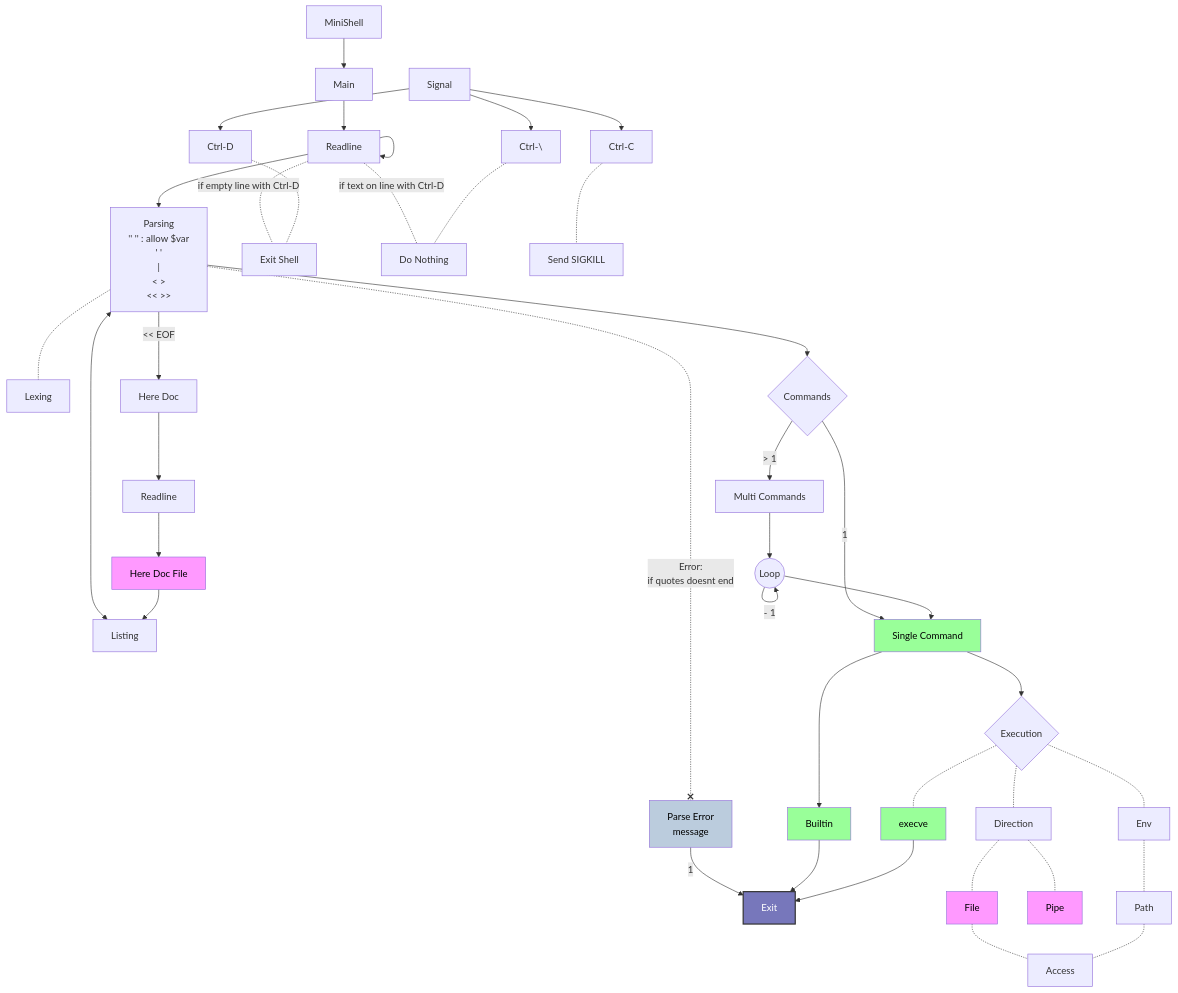
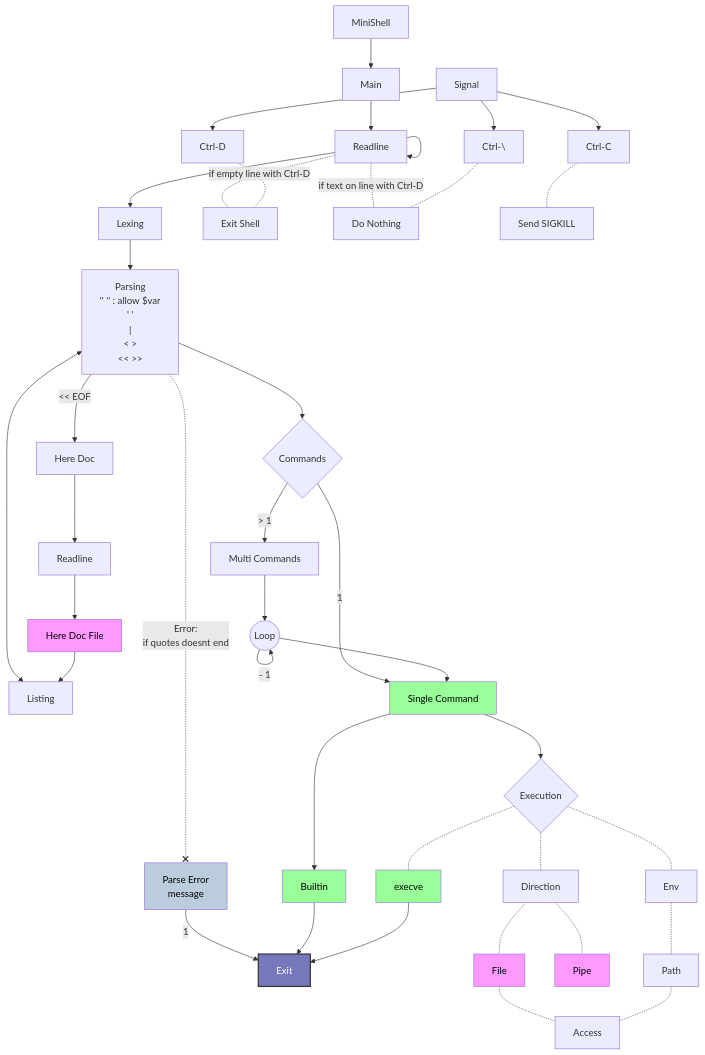
One commit to Tablerase/42_MiniShell changed the first of 2 diagrams in README.md. Above: the diagram before and after it, drawn with Mermaid.

Commit message:
change lexer position in master graph

````diff
--- a/README.md
+++ b/README.md
@@ -3,44 +3,44 @@
 ```mermaid
 graph TD
   classDef exit fill:#77b,stroke:#333,stroke-width:2px,color:#fff;
   classDef cmd fill:#9f9,color:#000;
   classDef msg fill:#bcd,color:#000;
   classDef file fill:#f9f,color:#000;
     A[MiniShell] --> B[Main]
     B --> readline[Readline]
     readline --> readline
-    readline --> parser["Parsing\n '' '' : allow $var\n' '\n |\n <  > \n<<  >> "]
+    readline --> lexer[Lexing]
+    lexer --> parser["Parsing\n '' '' : allow $var\n' '\n |\n <  > \n<<  >> "]
     readline -.- |"if empty line with Ctrl-D"|exit_shell
     readline -.- |"if text on line with Ctrl-D"|nothing
-    parser -.- lexer[Lexing]
     parser -.-x |Error:\nif quotes doesnt end| parse_error[Parse Error\nmessage]:::msg
     parse_error -->|1| Exit:::exit
     parser <--> list[Listing]
     parser --> |"<< EOF"|here_doc[Here Doc]
     here_doc --> readline2[Readline]
     readline2 --> here_doc_file[Here Doc File]:::file
     here_doc_file --> list
     parser --> command{Commands}
     command -->|1| single[Single Command]:::cmd
     command -->|> 1| multi[Multi Commands]
     multi --> loop((Loop))
     loop -->|- 1| loop
     loop --> single
     single --> exec{Execution}
     single --> builtin[Builtin]:::cmd
     exec -.- direction[Direction]
     direction -.- file[File]:::file
     file -.- access[Access]
     direction -.- pipe[Pipe]:::file
     exec -.- env[Env]
     env -.- path[Path]
     path -.- access
     exec -.- execve:::cmd
     builtin --> Exit
     execve --> Exit
 
     signal[Signal]
     signal --> SIGQUIT[Ctrl-\] -.- nothing[Do Nothing]
     signal --> SIGEOF[Ctrl-D] -.- exit_shell[Exit Shell]
     signal --> SIGINT[Ctrl-C] -.- kill[Send SIGKILL]
 ```
````
